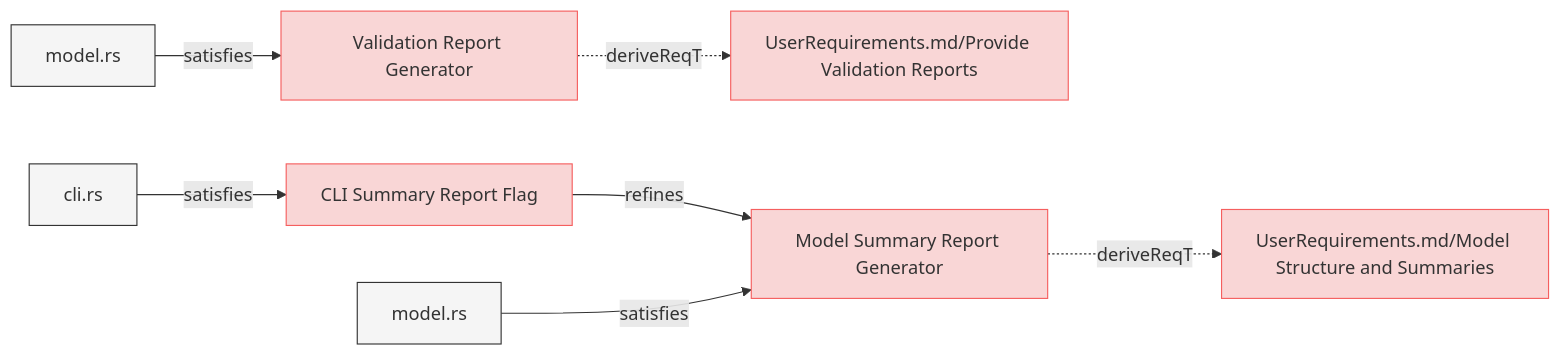
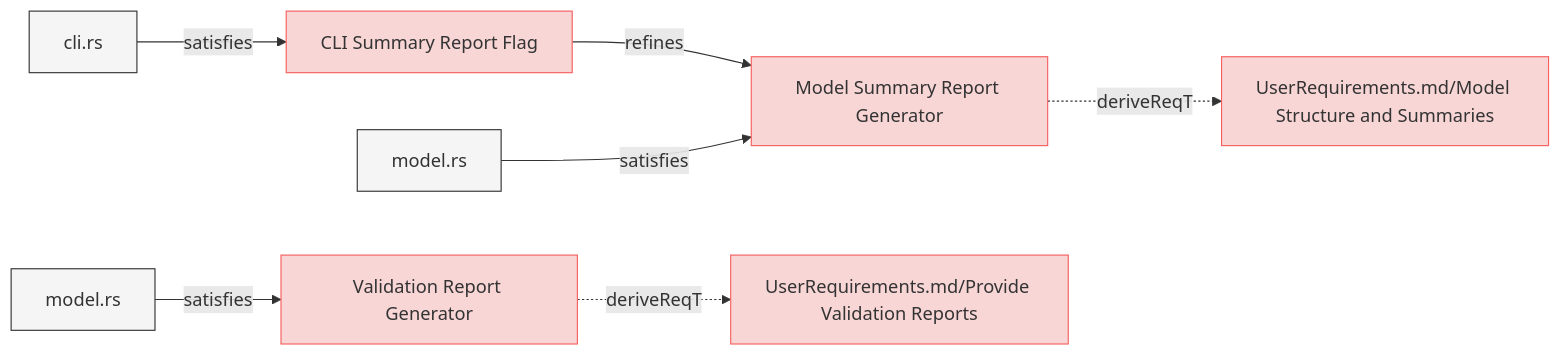
The eighth of 8 diagrams in specifications/SystemRequirements/Requirements.md (reqvire-org/reqvire), drawn with Mermaid before and after one commit. The commit also changed other lines of this file and 160 other files, not shown here.

````diff
--- a/specifications/SystemRequirements/Requirements.md
+++ b/specifications/SystemRequirements/Requirements.md
@@ -1067,39 +1067,39 @@
 ```mermaid
 graph LR;
   %% Graph styling
   classDef requirement fill:#f9d6d6,stroke:#f55f5f,stroke-width:1px;
   classDef verification fill:#d6f9d6,stroke:#5fd75f,stroke-width:1px;
   classDef externalLink fill:#d0e0ff,stroke:#3080ff,stroke-width:1px;
   classDef default fill:#f5f5f5,stroke:#333333,stroke-width:1px;
 
-  8d7c27b4431d39d0["Validation Report Generator"];
-  click 8d7c27b4431d39d0 "https://github.com/ilijaljubicic/ReqFlow/blob/73d5ae1d93adea71fdf4cc508be4d1ae09be068f/specifications/SystemRequirements/Requirements.md#validation-report-generator";
-  class 8d7c27b4431d39d0 requirement;
-  a4b1fa740dda1d5["UserRequirements.md/Provide Validation Reports"];
-  class a4b1fa740dda1d5 requirement;
-  click a4b1fa740dda1d5 "https://github.com/ilijaljubicic/ReqFlow/blob/73d5ae1d93adea71fdf4cc508be4d1ae09be068f/specifications/UserRequirements.md#provide-validation-reports";
-  8d7c27b4431d39d0 -.->|deriveReqT| a4b1fa740dda1d5;
-  9efd257c4e6a45f9["model.rs"];
-  class 9efd257c4e6a45f9 default;
-  click 9efd257c4e6a45f9 "https://github.com/ilijaljubicic/ReqFlow/blob/73d5ae1d93adea71fdf4cc508be4d1ae09be068f/core/src/model.rs";
-  9efd257c4e6a45f9 -->|satisfies| 8d7c27b4431d39d0;
-  9cd307abe52b0aee["CLI Summary Report Flag"];
-  click 9cd307abe52b0aee "https://github.com/ilijaljubicic/ReqFlow/blob/73d5ae1d93adea71fdf4cc508be4d1ae09be068f/specifications/SystemRequirements/Requirements.md#cli-summary-report-flag";
-  class 9cd307abe52b0aee requirement;
-  fc02b00d367074d6["Model Summary Report Generator"];
-  class fc02b00d367074d6 requirement;
-  click fc02b00d367074d6 "https://github.com/ilijaljubicic/ReqFlow/blob/73d5ae1d93adea71fdf4cc508be4d1ae09be068f/specifications/SystemRequirements/Requirements.md#model-summary-report-generator";
-  9cd307abe52b0aee -->|refines| fc02b00d367074d6;
-  b2b6ff676ff5d2cc["cli.rs"];
-  class b2b6ff676ff5d2cc default;
-  click b2b6ff676ff5d2cc "https://github.com/ilijaljubicic/ReqFlow/blob/73d5ae1d93adea71fdf4cc508be4d1ae09be068f/cli/src/cli.rs";
-  b2b6ff676ff5d2cc -->|satisfies| 9cd307abe52b0aee;
-  738524091202242b["UserRequirements.md/Model Structure and Summaries"];
-  class 738524091202242b requirement;
-  click 738524091202242b "https://github.com/ilijaljubicic/ReqFlow/blob/73d5ae1d93adea71fdf4cc508be4d1ae09be068f/specifications/UserRequirements.md#model-structure-and-summaries";
-  fc02b00d367074d6 -.->|deriveReqT| 738524091202242b;
-  637cddc09584518["model.rs"];
-  class 637cddc09584518 default;
-  click 637cddc09584518 "https://github.com/ilijaljubicic/ReqFlow/blob/73d5ae1d93adea71fdf4cc508be4d1ae09be068f/core/src/reports.rs";
-  637cddc09584518 -->|satisfies| fc02b00d367074d6;
+  a3d8f2cd99b2d548["CLI Summary Report Flag"];
+  click a3d8f2cd99b2d548 "https://github.com/ilijaljubicic/Reqvire/blob/8a68ca1eab81bac7964085e47777a0a92447c6a5/specifications/SystemRequirements/Requirements.md#cli-summary-report-flag";
+  class a3d8f2cd99b2d548 requirement;
+  a11c0dbb7acf27ea["Model Summary Report Generator"];
+  class a11c0dbb7acf27ea requirement;
+  click a11c0dbb7acf27ea "https://github.com/ilijaljubicic/Reqvire/blob/8a68ca1eab81bac7964085e47777a0a92447c6a5/specifications/SystemRequirements/Requirements.md#model-summary-report-generator";
+  a3d8f2cd99b2d548 -->|refines| a11c0dbb7acf27ea;
+  5fe26772336463bc["cli.rs"];
+  class 5fe26772336463bc default;
+  click 5fe26772336463bc "https://github.com/ilijaljubicic/Reqvire/blob/8a68ca1eab81bac7964085e47777a0a92447c6a5/cli/src/cli.rs";
+  5fe26772336463bc -->|satisfies| a3d8f2cd99b2d548;
+  bbe607150e40021c["Validation Report Generator"];
+  click bbe607150e40021c "https://github.com/ilijaljubicic/Reqvire/blob/8a68ca1eab81bac7964085e47777a0a92447c6a5/specifications/SystemRequirements/Requirements.md#validation-report-generator";
+  class bbe607150e40021c requirement;
+  e1f6859d4a4ea65b["UserRequirements.md/Provide Validation Reports"];
+  class e1f6859d4a4ea65b requirement;
+  click e1f6859d4a4ea65b "https://github.com/ilijaljubicic/Reqvire/blob/8a68ca1eab81bac7964085e47777a0a92447c6a5/specifications/UserRequirements.md#provide-validation-reports";
+  bbe607150e40021c -.->|deriveReqT| e1f6859d4a4ea65b;
+  2671722513a08b18["model.rs"];
+  class 2671722513a08b18 default;
+  click 2671722513a08b18 "https://github.com/ilijaljubicic/Reqvire/blob/8a68ca1eab81bac7964085e47777a0a92447c6a5/core/src/model.rs";
+  2671722513a08b18 -->|satisfies| bbe607150e40021c;
+  9774a66acb48024c["UserRequirements.md/Model Structure and Summaries"];
+  class 9774a66acb48024c requirement;
+  click 9774a66acb48024c "https://github.com/ilijaljubicic/Reqvire/blob/8a68ca1eab81bac7964085e47777a0a92447c6a5/specifications/UserRequirements.md#model-structure-and-summaries";
+  a11c0dbb7acf27ea -.->|deriveReqT| 9774a66acb48024c;
+  e07a26f0a7c1e1db["model.rs"];
+  class e07a26f0a7c1e1db default;
+  click e07a26f0a7c1e1db "https://github.com/ilijaljubicic/Reqvire/blob/8a68ca1eab81bac7964085e47777a0a92447c6a5/core/src/reports.rs";
+  e07a26f0a7c1e1db -->|satisfies| a11c0dbb7acf27ea;
 ```
````
